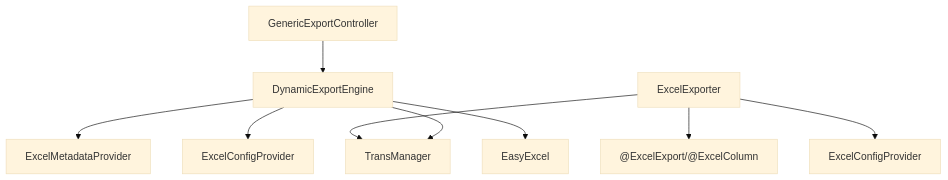
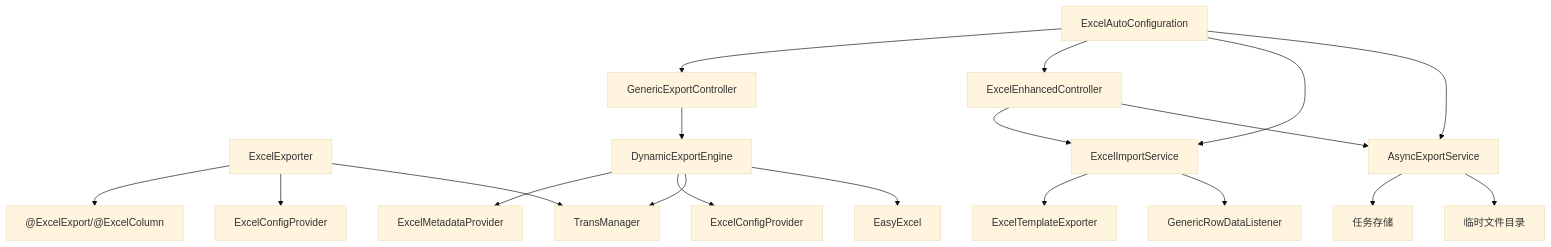
Before and after one commit to yaomindong1996/forge-admin: diagram 16 of 16 in .qoder/repowiki/zh/content/核心功能模块/Excel处理功能/Excel处理功能.md, drawn with Mermaid (base theme). The commit also changed other lines of this file and 37 other files, not shown here.

````diff
--- a/.qoder/repowiki/zh/content/核心功能模块/Excel处理功能/Excel处理功能.md
+++ b/.qoder/repowiki/zh/content/核心功能模块/Excel处理功能/Excel处理功能.md
@@ -416,11 +758,21 @@
 ```mermaid
 graph TB
 Exporter["ExcelExporter"] --> Annotation["@ExcelExport/@ExcelColumn"]
 Exporter --> Provider["ExcelConfigProvider"]
 Exporter --> Trans["TransManager"]
 Engine["DynamicExportEngine"] --> MetaSPI["ExcelMetadataProvider"]
 Engine --> ColSPI["ExcelConfigProvider"]
 Engine --> Trans
 Engine --> Easy["EasyExcel"]
 Controller["GenericExportController"] --> Engine
+EnhancedController["ExcelEnhancedController"] --> ImportService["ExcelImportService"]
+EnhancedController --> ExportService["AsyncExportService"]
+ImportService --> TemplateExporter["ExcelTemplateExporter"]
+ImportService --> RowDataListener["GenericRowDataListener"]
+ExportService --> TaskStore["任务存储"]
+ExportService --> TempDir["临时文件目录"]
+AutoConfig["ExcelAutoConfiguration"] --> Controller
+AutoConfig --> EnhancedController
+AutoConfig --> ImportService
+AutoConfig --> ExportService
 ```
````
